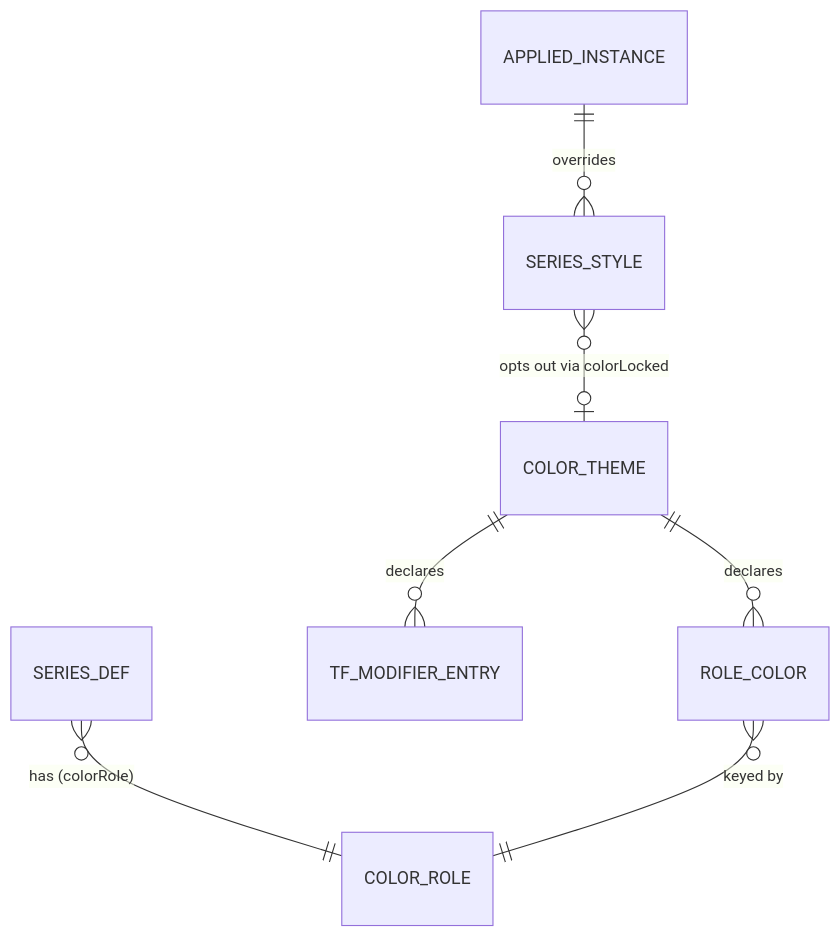
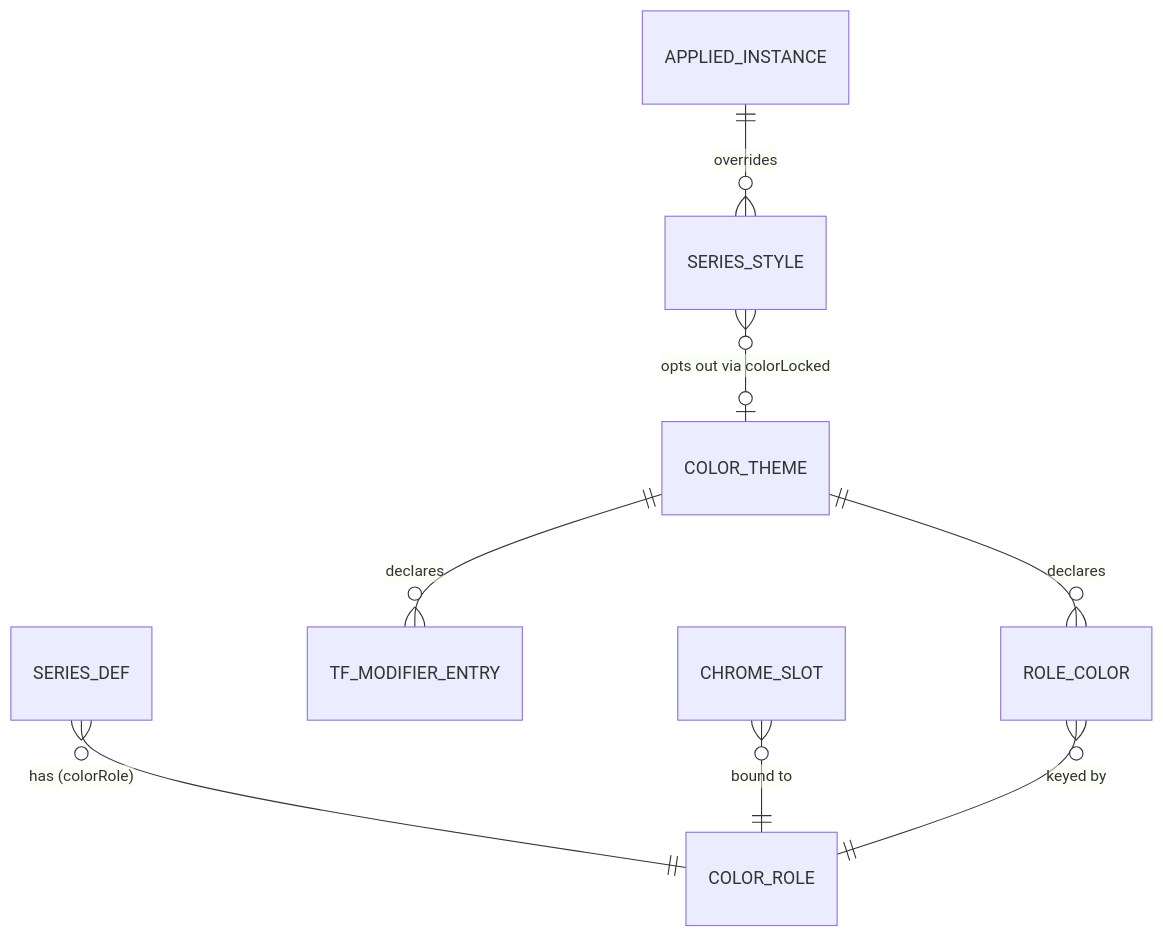
The diagram in .doc/indicator-management-ui/基本設計_指標カラーテーマ.md (YSHK721/chart), drawn with Mermaid before and after one commit. The commit also changed other lines of this file, not shown here.

````diff
--- a/.doc/indicator-management-ui/基本設計_指標カラーテーマ.md
+++ b/.doc/indicator-management-ui/基本設計_指標カラーテーマ.md
@@ -196,9 +351,10 @@
 ```mermaid
 erDiagram
   COLOR_THEME ||--o{ ROLE_COLOR : declares
   COLOR_THEME ||--o{ TF_MODIFIER_ENTRY : declares
   SERIES_DEF }o--|| COLOR_ROLE : "has (colorRole)"
+  CHROME_SLOT }o--|| COLOR_ROLE : "bound to"
   ROLE_COLOR }o--|| COLOR_ROLE : "keyed by"
   APPLIED_INSTANCE ||--o{ SERIES_STYLE : overrides
   SERIES_STYLE }o--o| COLOR_THEME : "opts out via colorLocked"
 ```
````
